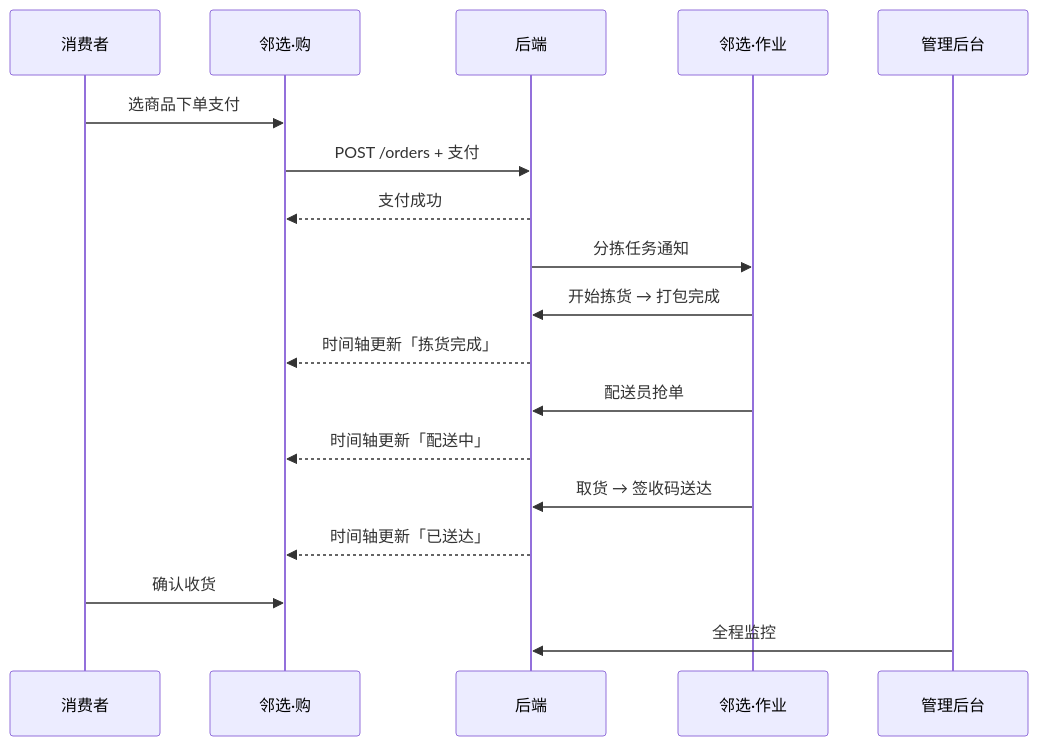
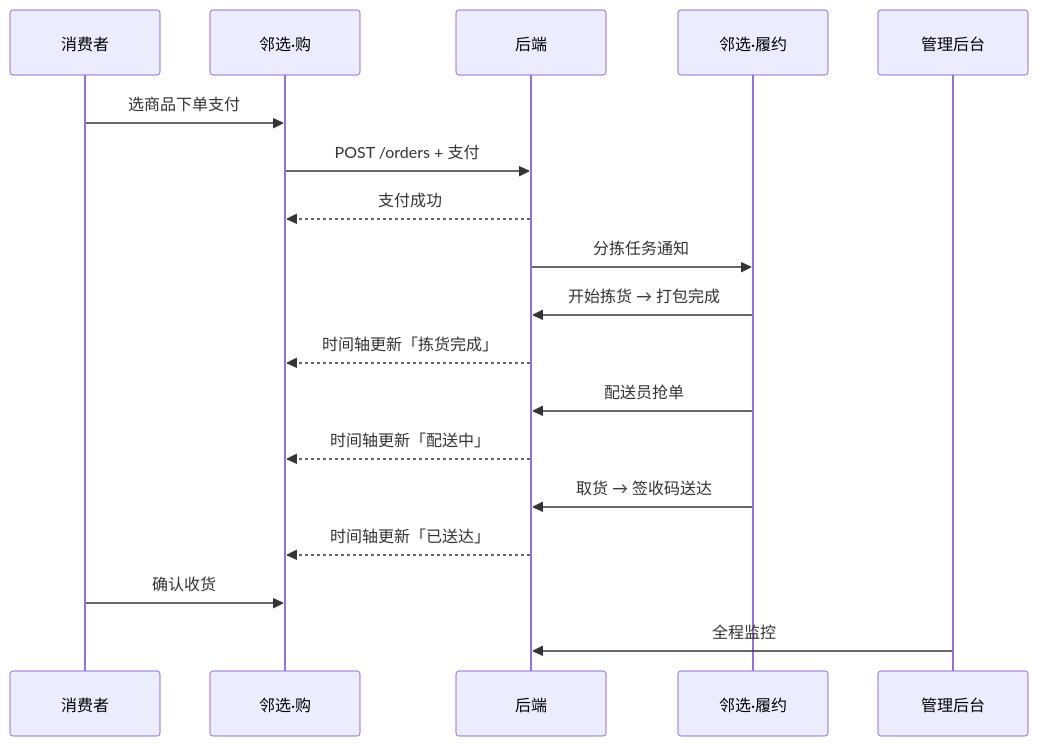
The second of 2 diagrams in docs/MVP-DESIGN.md (whybfq/neighbrohub), drawn with Mermaid before and after one commit. The commit also changed other lines of this file and 41 other files, not shown here.

````diff
--- a/docs/MVP-DESIGN.md
+++ b/docs/MVP-DESIGN.md
@@ -705,21 +706,21 @@
 ```mermaid
 sequenceDiagram
     participant U as 消费者
     participant C as 邻选·购
     participant API as 后端
-    participant W as 邻选·作业
+    participant W as 邻选·履约
     participant A as 管理后台
 
     U->>C: 选商品下单支付
     C->>API: POST /orders + 支付
     API-->>C: 支付成功
     API->>W: 分拣任务通知
     W->>API: 开始拣货 → 打包完成
     API-->>C: 时间轴更新「拣货完成」
     W->>API: 配送员抢单
     API-->>C: 时间轴更新「配送中」
     W->>API: 取货 → 签收码送达
     API-->>C: 时间轴更新「已送达」
     U->>C: 确认收货
     A->>API: 全程监控
 ```
````
